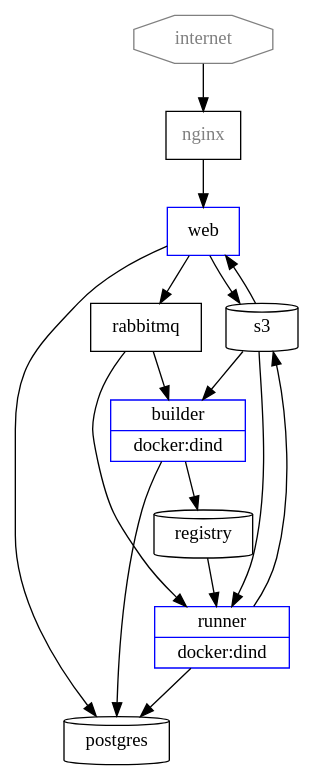
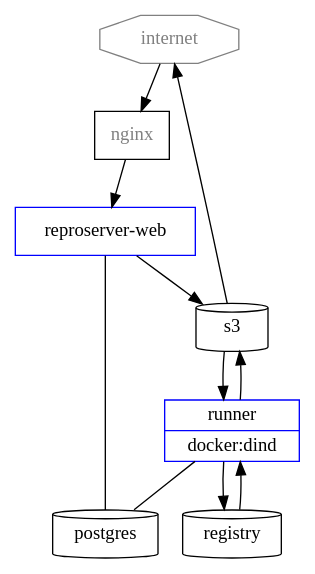
One commit to VIDA-NYU/reproserver changed the diagram in deployment.dot. Above: the diagram before and after it, drawn with Graphviz. The commit also changed 1 other file, not shown here.

Commit message:
Update deployment diagram

```diff
--- a/deployment.dot
+++ b/deployment.dot
@@ -1,31 +1,23 @@
 digraph G {
     internet [color=grey, fontcolor=grey, shape=octagon];
     nginx [shape=rect, fontcolor=grey];
-    web [shape=box, color=blue];
-    builder [color=blue, label="{ <f0> builder|<f1> docker:dind }", shape="record"];
+    "reproserver-web" [shape=box, color=blue];
     runner [color=blue, label="{ <f0> runner|<f1> docker:dind }", shape="record"];
     postgres [shape=cylinder];
     s3 [shape=cylinder];
     registry [shape=cylinder];
-    rabbitmq [shape=box];
 
 
     internet -> nginx;
-    nginx -> web;
+    nginx -> "reproserver-web";
 
-    web -> postgres;
-    web -> rabbitmq;
-    web -> s3;
-    s3 -> web;
+    "reproserver-web" -> postgres [dir="none"];
+    "reproserver-web" -> s3;
+    s3 -> internet;
 
-    builder -> postgres;
-    rabbitmq -> builder;
-    s3 -> builder;
-    builder -> registry;
-
-    runner -> postgres;
-    rabbitmq -> runner;
+    runner -> postgres [dir="none"];
     s3 -> runner;
     runner -> s3;
     registry -> runner;
+    runner -> registry;
 }
```
